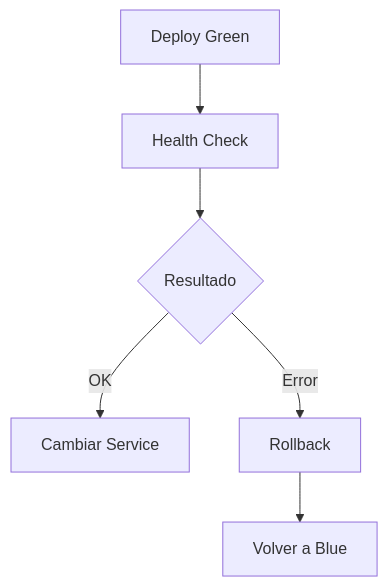
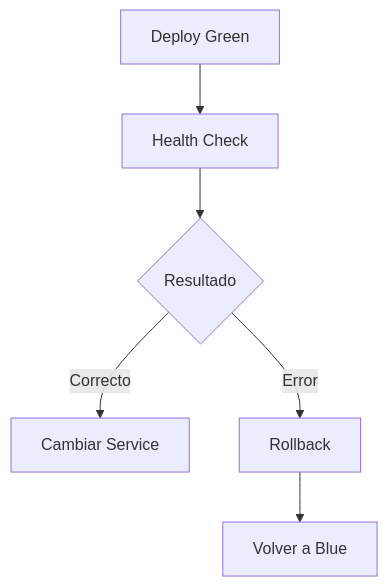
Before and after one commit to ValentinaAstudillo/SDLC003D-SharedClient-ValentinaAstudillo: the second of 2 diagrams in README.md, drawn with Mermaid. The commit also changed other lines of this file, not shown here.

````diff
--- a/README.md
+++ b/README.md
@@ -167,8 +242,15 @@
-``` mermaid
+```mermaid
 flowchart TD
-A[Deploy Green] --> B[Health Check]
+
+A[Deploy Green]
+
+A --> B[Health Check]
+
 B --> C{Resultado}
-C -->|OK| D[Cambiar Service]
+
+C -->|Correcto| D[Cambiar Service]
+
 C -->|Error| E[Rollback]
+
 E --> F[Volver a Blue]
 ```
````
